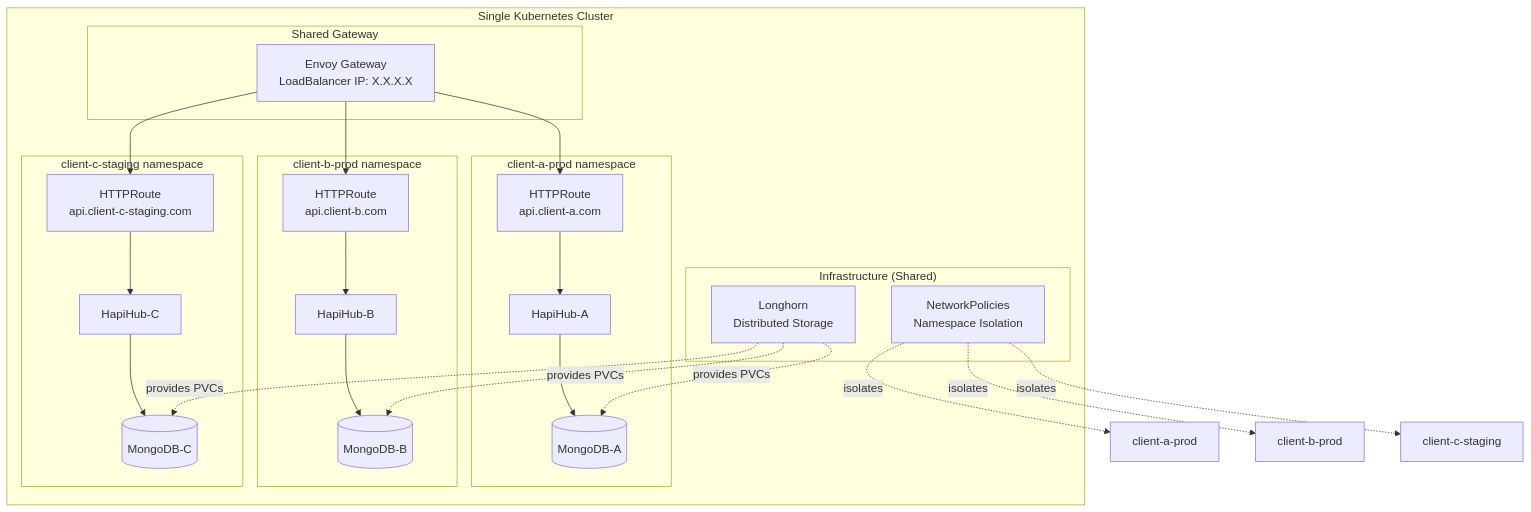
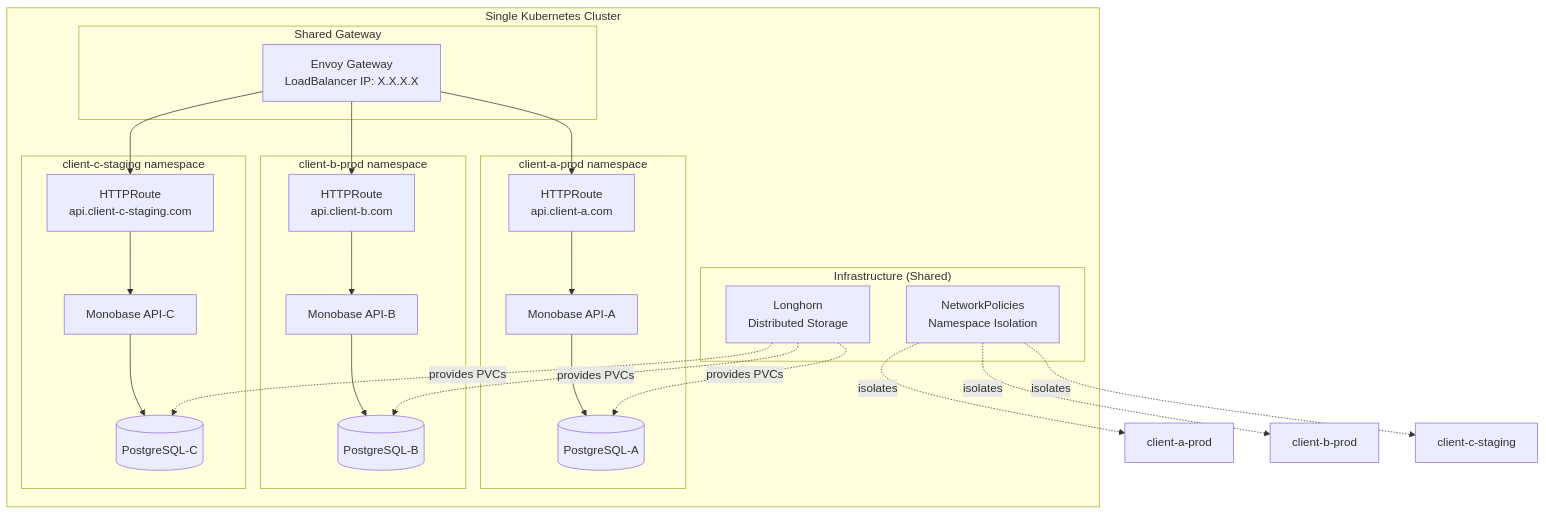
One commit to mycurelabs/monobase-infra changed the third of 3 diagrams in docs/ARCHITECTURE.md. Above: the diagram before and after it, drawn with Mermaid. The commit also changed other lines of this file and 100 other files, not shown here.

First line of the commit message:
feat: Migrate from MongoDB to PostgreSQL and rename applications

````diff
--- a/docs/ARCHITECTURE.md
+++ b/docs/ARCHITECTURE.md
@@ -142,47 +142,47 @@
 ```mermaid
 graph TB
     subgraph "Single Kubernetes Cluster"
         subgraph "Shared Gateway"
             GW[Envoy Gateway<br/>LoadBalancer IP: X.X.X.X]
         end
         
         subgraph "client-a-prod namespace"
             R1[HTTPRoute<br/>api.client-a.com]
-            H1[HapiHub-A]
-            DB1[(MongoDB-A)]
+            H1[Monobase API-A]
+            DB1[(PostgreSQL-A)]
         end
         
         subgraph "client-b-prod namespace"
             R2[HTTPRoute<br/>api.client-b.com]
-            H2[HapiHub-B]
-            DB2[(MongoDB-B)]
+            H2[Monobase API-B]
+            DB2[(PostgreSQL-B)]
         end
         
         subgraph "client-c-staging namespace"
             R3[HTTPRoute<br/>api.client-c-staging.com]
-            H3[HapiHub-C]
-            DB3[(MongoDB-C)]
+            H3[Monobase API-C]
+            DB3[(PostgreSQL-C)]
         end
         
         subgraph "Infrastructure (Shared)"
             NP[NetworkPolicies<br/>Namespace Isolation]
             Storage[Longhorn<br/>Distributed Storage]
         end
     end
     
     GW --> R1
     GW --> R2
     GW --> R3
     R1 --> H1
     R2 --> H2
     R3 --> H3
     H1 --> DB1
     H2 --> DB2
     H3 --> DB3
     NP -.->|isolates| client-a-prod
     NP -.->|isolates| client-b-prod
     NP -.->|isolates| client-c-staging
     Storage -.->|provides PVCs| DB1
     Storage -.->|provides PVCs| DB2
     Storage -.->|provides PVCs| DB3
 ```
````
